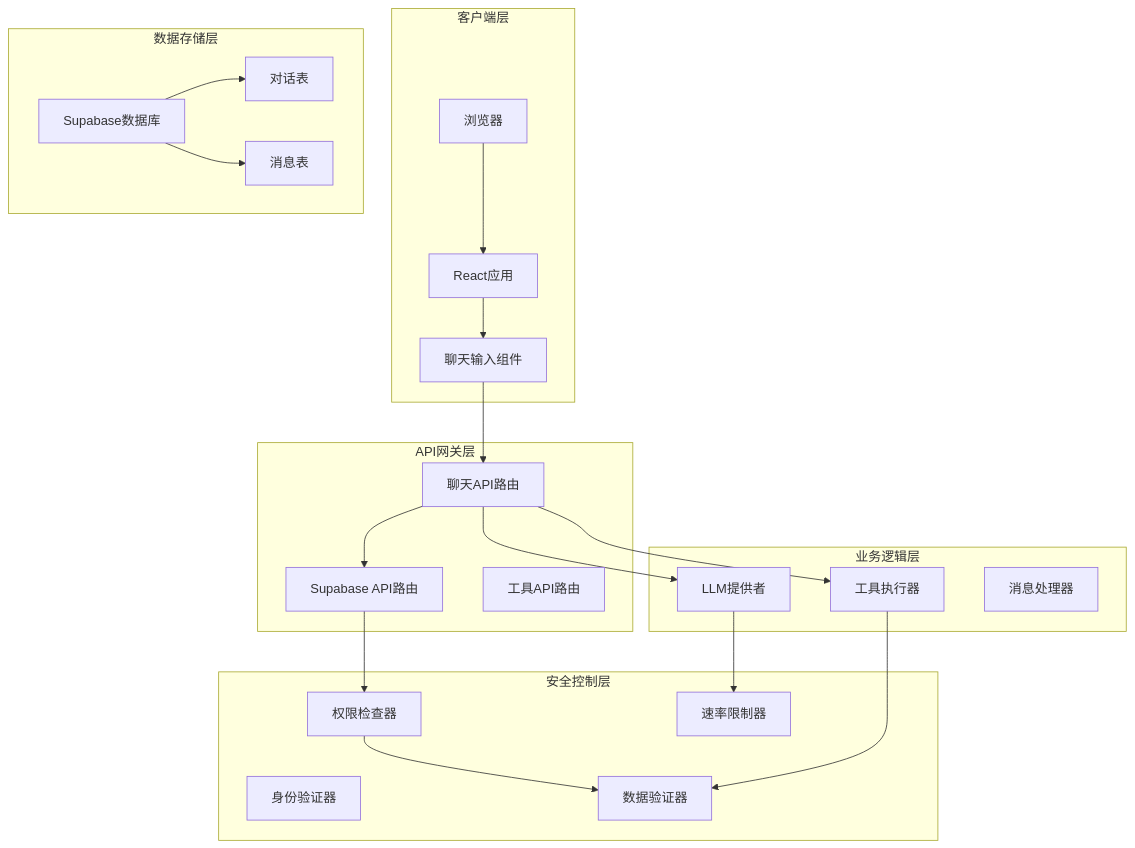
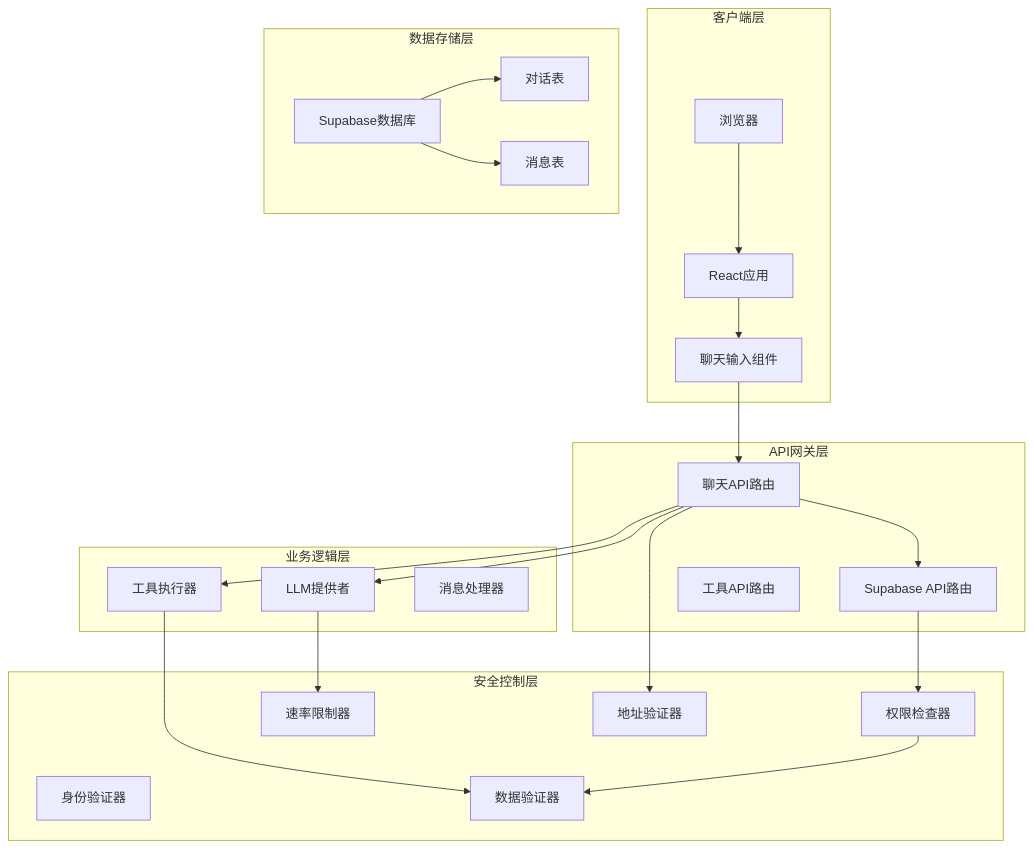
The second of 8 diagrams in .qoder/repowiki/zh/content/API参考文档/聊天API安全增强.md (CryptoLinxu/Web3-AI-Agent), drawn with Mermaid before and after one commit. The commit also changed other lines of this file and 8 other files, not shown here.

````diff
--- a/.qoder/repowiki/zh/content/API参考文档/聊天API安全增强.md
+++ b/.qoder/repowiki/zh/content/API参考文档/聊天API安全增强.md
@@ -101,41 +112,43 @@
 ```mermaid
 graph TB
 subgraph "客户端层"
 Browser[浏览器]
 ReactApp[React应用]
 ChatInput[聊天输入组件]
 end
 subgraph "API网关层"
 ChatAPI[聊天API路由]
 SupabaseAPI[Supabase API路由]
 ToolsAPI[工具API路由]
 end
 subgraph "业务逻辑层"
 LLMProvider[LLM提供者]
 ToolExecutor[工具执行器]
 MessageProcessor[消息处理器]
 end
 subgraph "数据存储层"
 SupabaseDB[Supabase数据库]
 ConversationTable[对话表]
 MessagesTable[消息表]
 end
 subgraph "安全控制层"
 AuthValidator[身份验证器]
 PermissionChecker[权限检查器]
 DataValidator[数据验证器]
 RateLimiter[速率限制器]
+AddressValidator[地址验证器]
 end
 Browser --> ReactApp
 ReactApp --> ChatInput
 ChatInput --> ChatAPI
+ChatAPI --> AddressValidator
 ChatAPI --> LLMProvider
 ChatAPI --> ToolExecutor
 ChatAPI --> SupabaseAPI
 SupabaseAPI --> PermissionChecker
 PermissionChecker --> DataValidator
 ToolExecutor --> DataValidator
 LLMProvider --> RateLimiter
 SupabaseDB --> ConversationTable
 SupabaseDB --> MessagesTable
 ```
````
